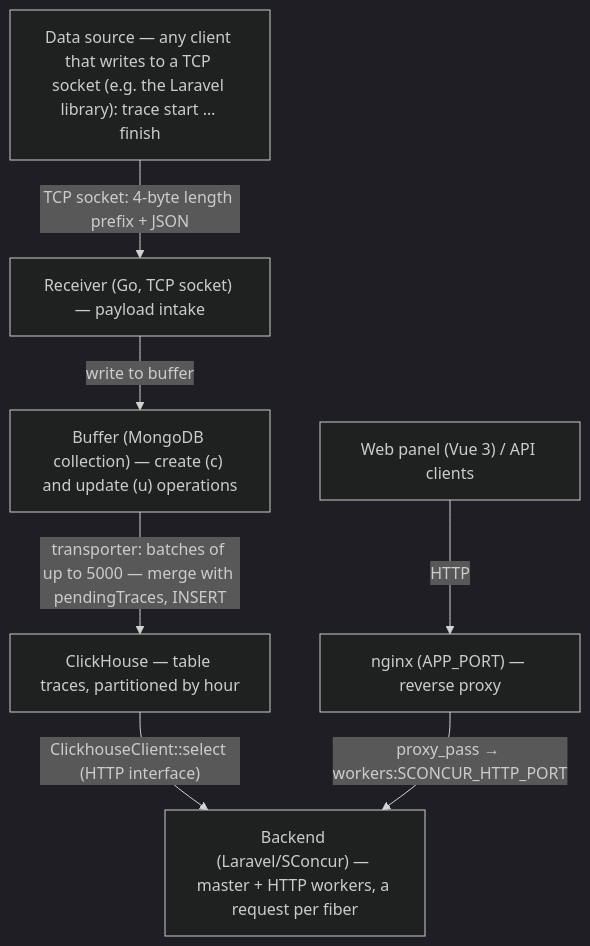
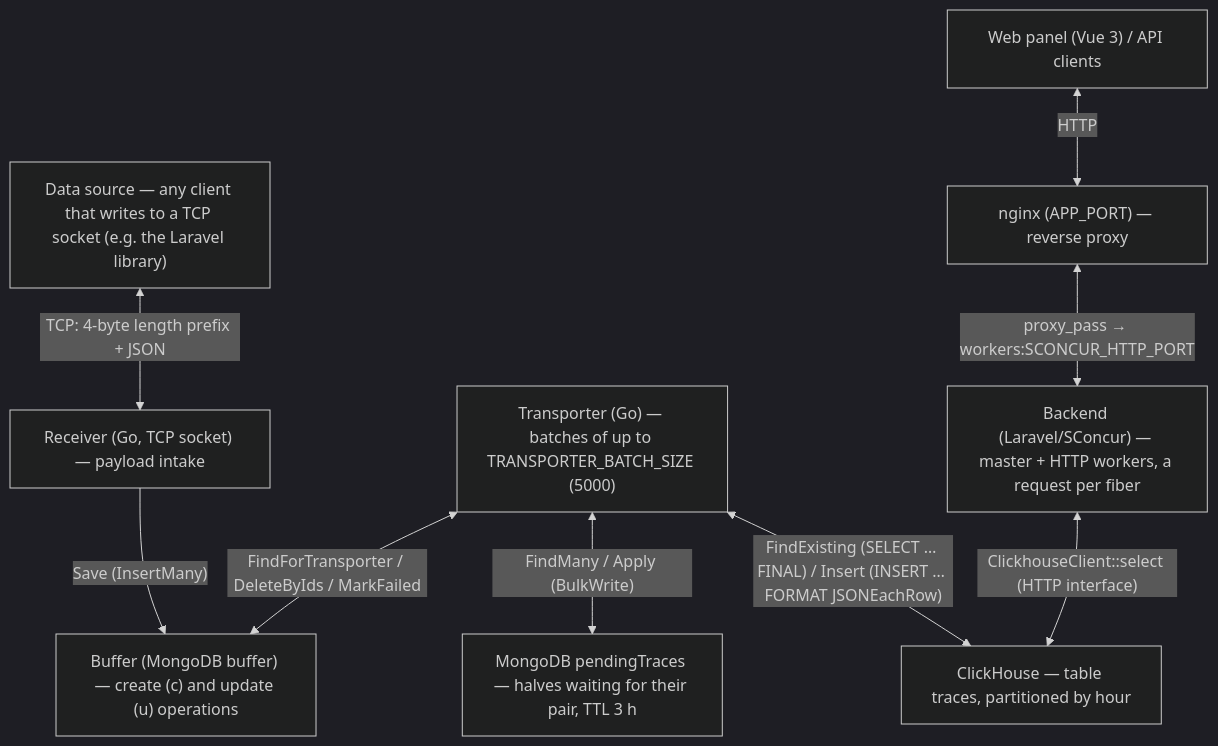
Before and after one commit to sprust/slogger: the diagram in README.md, drawn with Mermaid (dark theme). The commit also changed other lines of this file and 32 other files, not shown here.

````diff
--- a/README.md
+++ b/README.md
@@ -33,16 +33,20 @@
 ```mermaid
 flowchart TB
-    src["Data source — any client that writes to a TCP socket (e.g. the Laravel library): trace start … finish"]
+    src["Data source — any client that writes to a TCP socket (e.g. the Laravel library)"]
     receiver["Receiver (Go, TCP socket) — payload intake"]
-    buffer["Buffer (MongoDB collection) — create (c) and update (u) operations"]
+    transporter["Transporter (Go) — batches of up to TRANSPORTER_BATCH_SIZE (5000)"]
+    buffer["Buffer (MongoDB buffer) — create (c) and update (u) operations"]
+    pending["MongoDB pendingTraces — halves waiting for their pair, TTL 3 h"]
+    ui["Web panel (Vue 3) / API clients"]
+    nginx["nginx (APP_PORT) — reverse proxy"]
+    backend["Backend (Laravel/SConcur) — master + HTTP workers, a request per fiber"]
     traces["ClickHouse — table traces, partitioned by hour"]
-    backend["Backend (Laravel/SConcur) — master + HTTP workers, a request per fiber"]
-    nginx["nginx (APP_PORT) — reverse proxy"]
-    ui["Web panel (Vue 3) / API clients"]
-    src -->|"TCP socket: 4-byte length prefix + JSON"| receiver
-    receiver -->|"write to buffer"| buffer
-    buffer -->|"transporter: batches of up to 5000 — merge with pendingTraces, INSERT"| traces
-    traces -->|"ClickhouseClient::select (HTTP interface)"| backend
-    ui -->|"HTTP"| nginx
-    nginx -->|"proxy_pass → workers:SCONCUR_HTTP_PORT"| backend
+    src <-->|"TCP: 4-byte length prefix + JSON"| receiver
+    receiver -->|"Save (InsertMany)"| buffer
+    transporter <-->|"FindForTransporter / DeleteByIds / MarkFailed"| buffer
+    transporter <-->|"FindMany / Apply (BulkWrite)"| pending
+    transporter <-->|"FindExisting (SELECT … FINAL) / Insert (INSERT … FORMAT JSONEachRow)"| traces
+    ui <-->|"HTTP"| nginx
+    nginx <-->|"proxy_pass → workers:SCONCUR_HTTP_PORT"| backend
+    backend <-->|"ClickhouseClient::select (HTTP interface)"| traces
 ```
````
